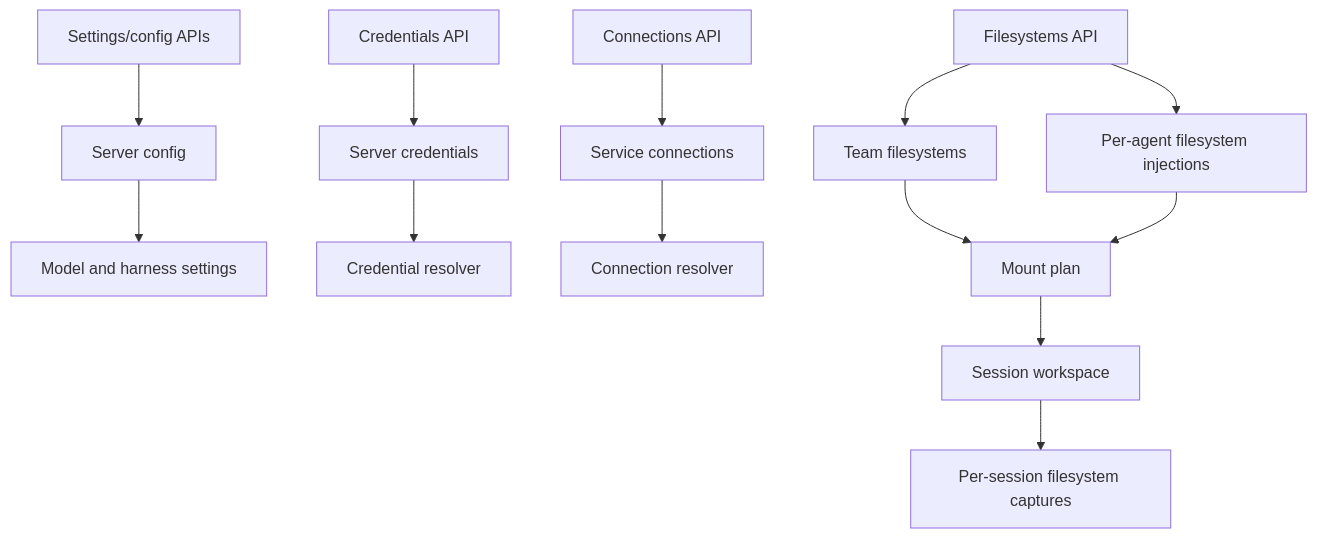
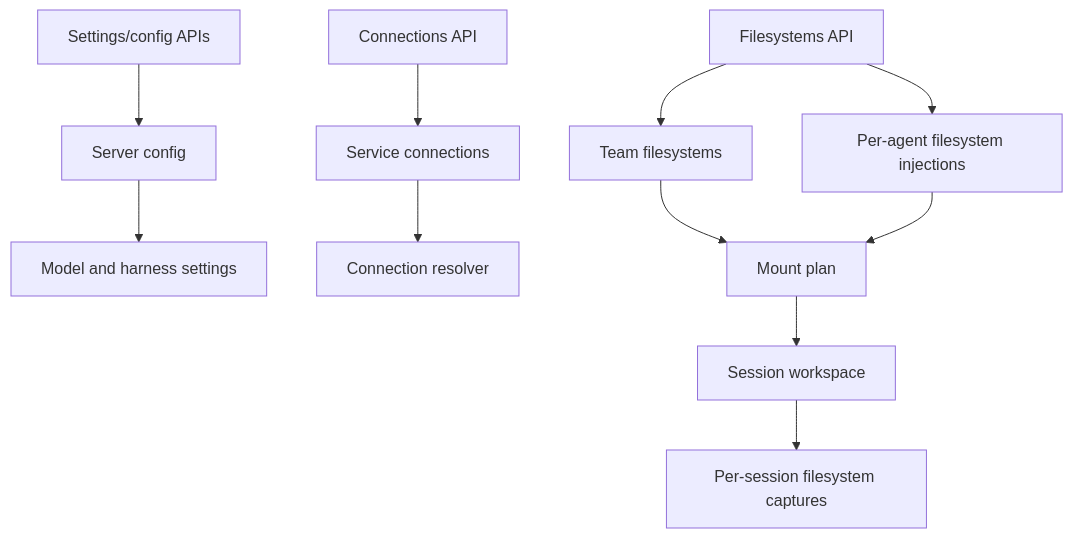
One commit to idle-builders/hyperidle changed the tenth of 12 diagrams in docs/architecture/as-implemented-domain-architecture.md. Above: the diagram before and after it, drawn with Mermaid. The commit also changed other lines of this file and 191 other files, not shown here.

````diff
--- a/docs/architecture/as-implemented-domain-architecture.md
+++ b/docs/architecture/as-implemented-domain-architecture.md
@@ -280,23 +280,20 @@
 ```mermaid
 flowchart TB
   ServerConfig["Server config"]
-  Credentials["Server credentials"]
   ServiceConnections["Service connections"]
   Filesystems["Team filesystems"]
   Injections["Per-agent filesystem injections"]
   Captures["Per-session filesystem captures"]
 
   ServerConfig --> ModelResolution["Model and harness settings"]
-  Credentials --> CredentialResolver["Credential resolver"]
   ServiceConnections --> ConnectionResolver["Connection resolver"]
   Filesystems --> MountPlan["Mount plan"]
   Injections --> MountPlan
   MountPlan --> SessionWorkspace["Session workspace"]
   SessionWorkspace --> Captures
 
   SettingsAPI["Settings/config APIs"] --> ServerConfig
-  CredentialsAPI["Credentials API"] --> Credentials
   ConnectionsAPI["Connections API"] --> ServiceConnections
   FilesystemsAPI["Filesystems API"] --> Filesystems
   FilesystemsAPI --> Injections
 ```
````
